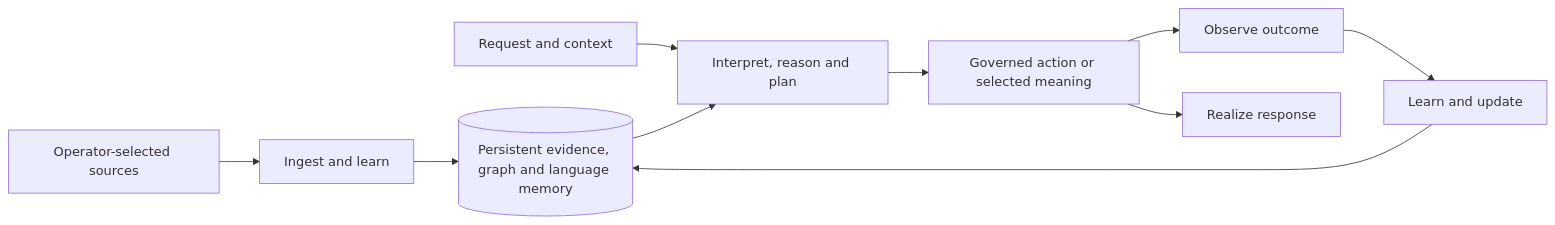
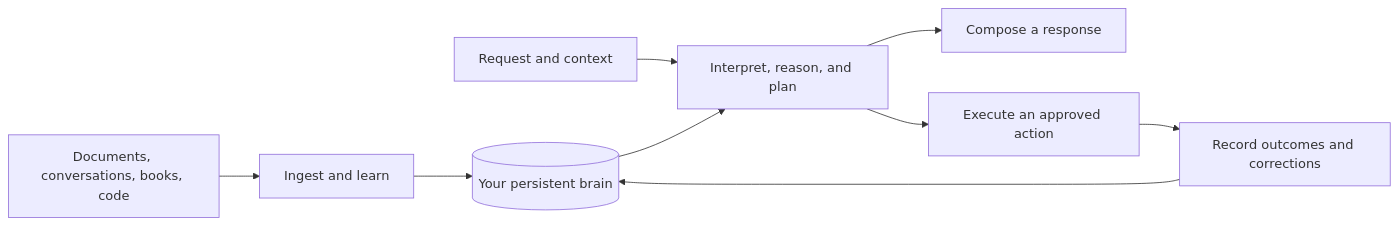
The diagram in README.md (rpwalsh/SCCE), drawn with Mermaid before and after one commit. The commit also changed other lines of this file, not shown here.

Commit message:
Lead the README with the product, local ownership and cognitive architecture

````diff
--- a/README.md
+++ b/README.md
@@ -5,12 +26,11 @@
 ```mermaid
 flowchart LR
-  S[Operator-selected sources] --> I[Ingest and learn]
-  I --> P[(Persistent evidence, graph and language memory)]
-  Q[Request and context] --> R[Interpret, reason and plan]
-  P --> R
-  R --> A[Governed action or selected meaning]
-  A --> O[Observe outcome]
-  O --> L[Learn and update]
-  L --> P
-  A --> M[Realize response]
+  S[Documents, conversations, books, code] --> L[Ingest and learn]
+  L --> B[(Your persistent brain)]
+  Q[Request and context] --> R[Interpret, reason, and plan]
+  B --> R
+  R --> C[Compose a response]
+  R --> A[Execute an approved action]
+  A --> O[Record outcomes and corrections]
+  O --> B
 ```
````
